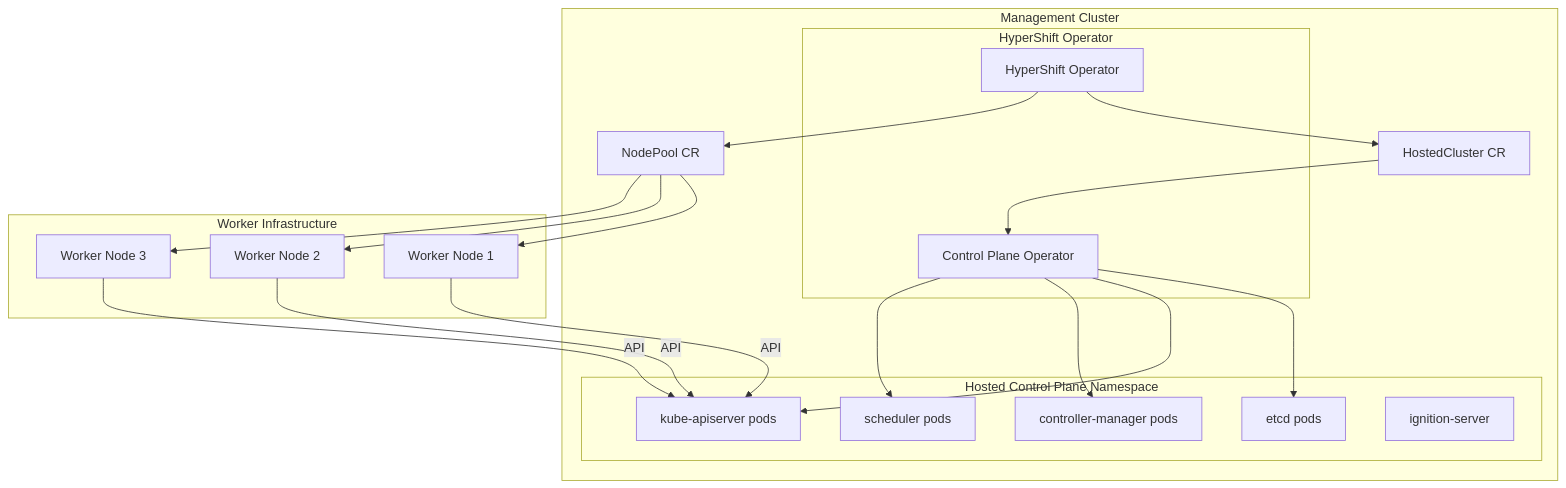
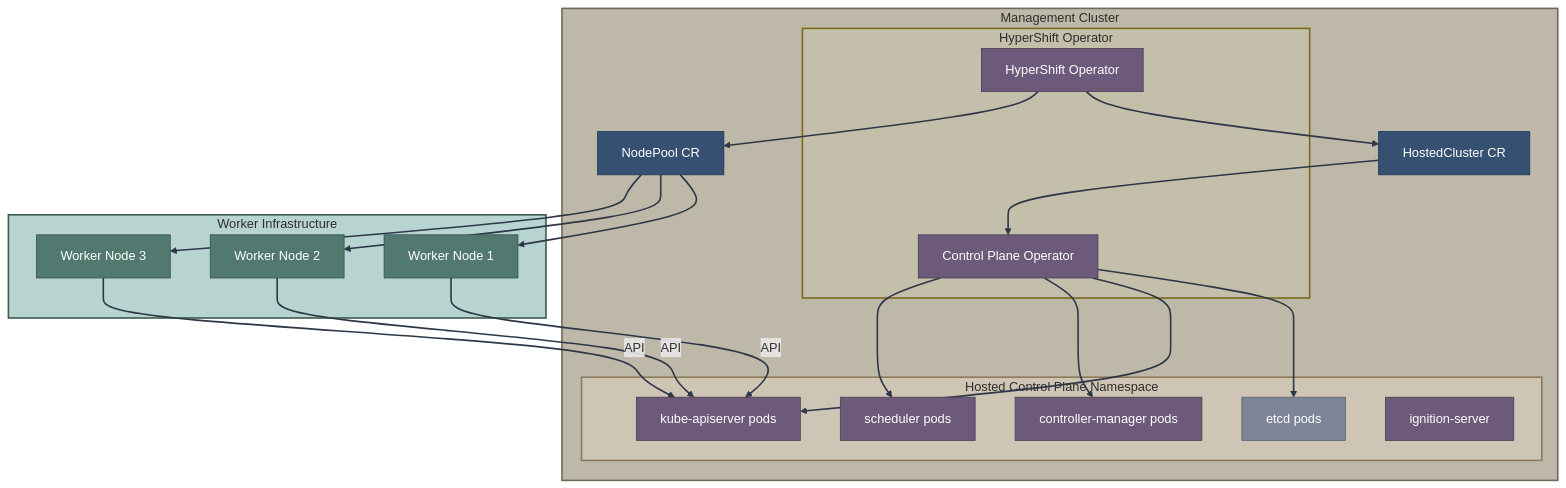
Before and after one commit to zszabo-rh/openshift-install-guide: the first of 4 diagrams in 05-hosted-control-planes/hcp-overview.md, drawn with Mermaid. The commit also changed other lines of this file and 16 other files, not shown here.

Commit message:
improved diagram style

````diff
--- a/05-hosted-control-planes/hcp-overview.md
+++ b/05-hosted-control-planes/hcp-overview.md
@@ -7,42 +7,62 @@
 ```mermaid
 graph TB
-    subgraph "Management Cluster"
-        subgraph "HyperShift Operator"
+    subgraph mgmt["Management Cluster"]
+        subgraph hypershift["HyperShift Operator"]
             HO[HyperShift Operator]
             CPO[Control Plane Operator]
         end
         
-        subgraph "Hosted Control Plane Namespace"
+        subgraph hcpns["Hosted Control Plane Namespace"]
             ETCD[etcd pods]
             KAPI[kube-apiserver pods]
             KCM[controller-manager pods]
             SCHED[scheduler pods]
             IGN[ignition-server]
         end
         
         HC[HostedCluster CR]
         NP[NodePool CR]
     end
     
-    subgraph "Worker Infrastructure"
+    subgraph workers["Worker Infrastructure"]
         W1[Worker Node 1]
         W2[Worker Node 2]
         W3[Worker Node 3]
     end
     
     HO --> HC
     HO --> NP
     HC --> CPO
     CPO --> ETCD
     CPO --> KAPI
     CPO --> KCM
     CPO --> SCHED
     
     NP --> W1
     NP --> W2
     NP --> W3
     
     W1 -->|API| KAPI
     W2 -->|API| KAPI
     W3 -->|API| KAPI
+    
+    style HO fill:#6d597a,stroke:#4a3f50,color:#fff
+    style CPO fill:#6d597a,stroke:#4a3f50,color:#fff
+    style ETCD fill:#7d8597,stroke:#5c6378,color:#fff
+    style KAPI fill:#6d597a,stroke:#4a3f50,color:#fff
+    style KCM fill:#6d597a,stroke:#4a3f50,color:#fff
+    style SCHED fill:#6d597a,stroke:#4a3f50,color:#fff
+    style IGN fill:#6d597a,stroke:#4a3f50,color:#fff
+    style HC fill:#355070,stroke:#1d3557,color:#fff
+    style NP fill:#355070,stroke:#1d3557,color:#fff
+    style W1 fill:#52796f,stroke:#354f52,color:#fff
+    style W2 fill:#52796f,stroke:#354f52,color:#fff
+    style W3 fill:#52796f,stroke:#354f52,color:#fff
+    
+    style mgmt fill:#beb8a8,stroke:#706858,stroke-width:2px,color:#2d2d2d
+    style hypershift fill:#c4bfaa,stroke:#7a6a1a,stroke-width:2px,color:#2d2d2d
+    style hcpns fill:#cfc5b5,stroke:#8d7a5a,stroke-width:2px,color:#2d2d2d
+    style workers fill:#b8d4d0,stroke:#3d5a52,stroke-width:2px,color:#2d2d2d
+    
+    linkStyle default stroke:#2d3748,stroke-width:2px
 ```
````
